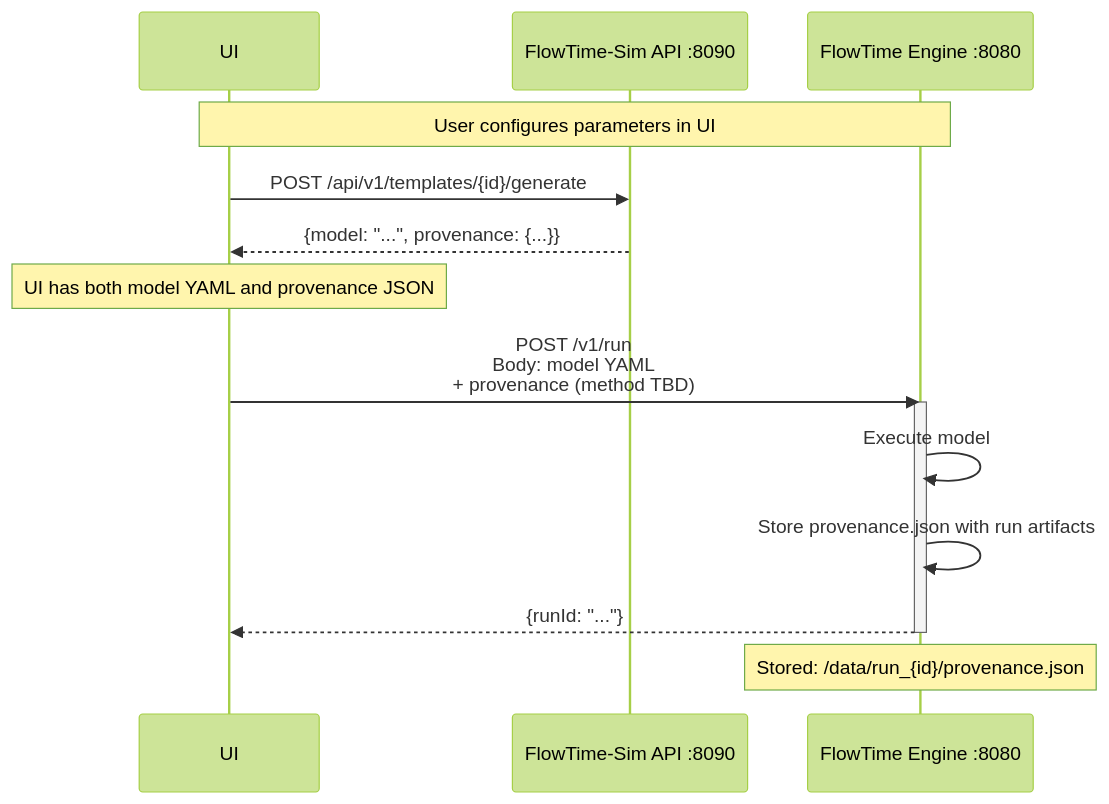
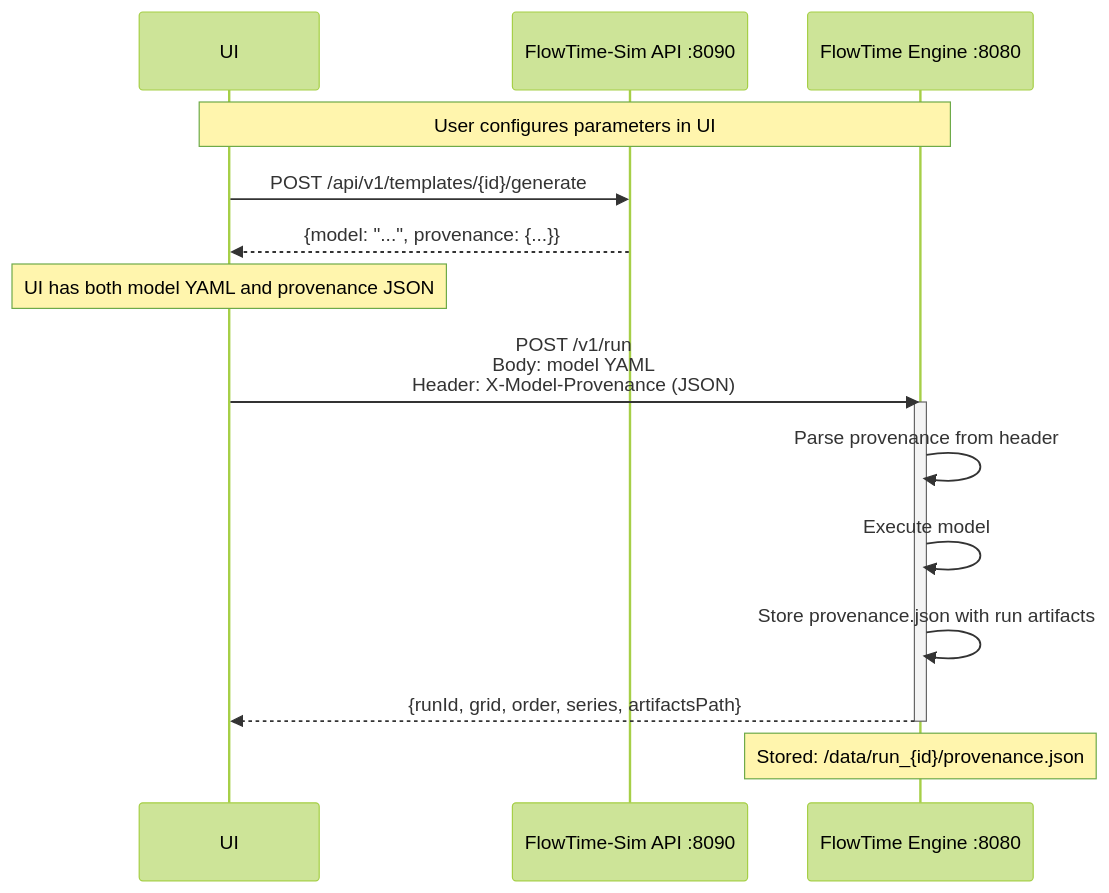
One commit to 23min/FlowTime changed the diagram in docs/guides/engine-m2.9-provenance-spec.md. Above: the diagram before and after it, drawn with Mermaid (forest theme). The commit also changed other lines of this file and 2 other files, not shown here.

First line of the commit message:
docs(sim): align M2.9 spec with Engine implementation

````diff
--- a/docs/guides/engine-m2.9-provenance-spec.md
+++ b/docs/guides/engine-m2.9-provenance-spec.md
@@ -91,22 +94,23 @@
 ```mermaid
 sequenceDiagram
     participant UI
     participant Sim as FlowTime-Sim API :8090
     participant Engine as FlowTime Engine :8080
     
     Note over UI,Engine: User configures parameters in UI
     
     UI->>Sim: POST /api/v1/templates/{id}/generate
     Sim-->>UI: {model: "...", provenance: {...}}
     
     Note over UI: UI has both model YAML and provenance JSON
     
-    UI->>Engine: POST /v1/run<br/>Body: model YAML<br/>+ provenance (method TBD)
+    UI->>Engine: POST /v1/run<br/>Body: model YAML<br/>Header: X-Model-Provenance (JSON)
     activate Engine
+    Engine->>Engine: Parse provenance from header
     Engine->>Engine: Execute model
     Engine->>Engine: Store provenance.json with run artifacts
-    Engine-->>UI: {runId: "..."}
+    Engine-->>UI: {runId, grid, order, series, artifactsPath}
     deactivate Engine
     
     Note over Engine: Stored: /data/run_{id}/provenance.json
 ```
````
